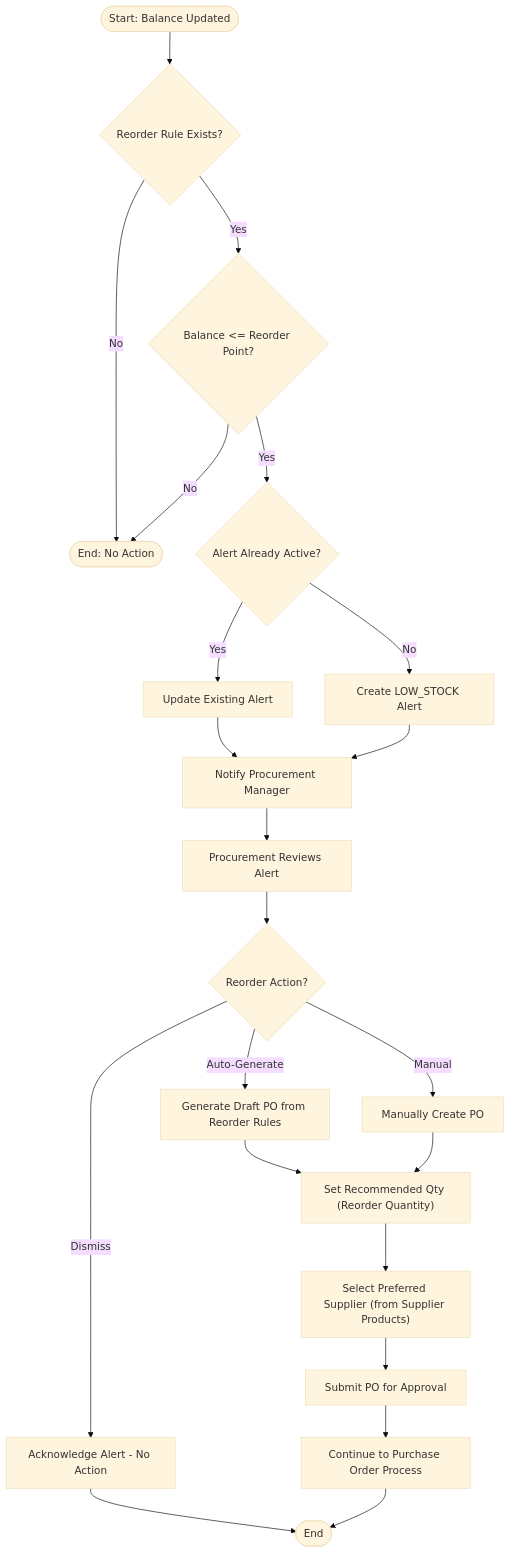
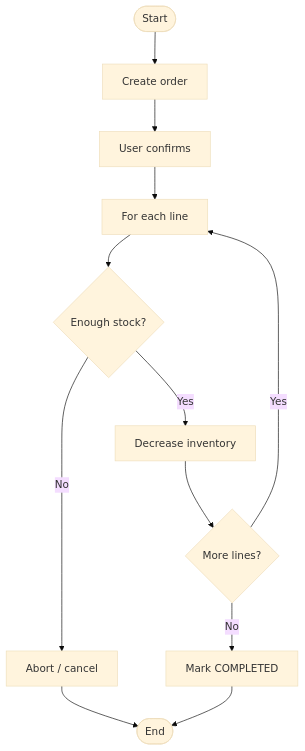
One commit to kirtika-0102/StockSmart changed the fourth of 5 diagrams in docs/activity-diagrams.md. Above: the diagram before and after it, drawn with Mermaid (base theme). The commit also changed other lines of this file and 74 other files, not shown here.

Commit message:
architecture of application

````diff
--- a/docs/activity-diagrams.md
+++ b/docs/activity-diagrams.md
@@ -193,28 +59,14 @@
 ```mermaid
 flowchart TD
-    Start([Start: Balance Updated]) --> CheckRule{Reorder Rule Exists?}
-    CheckRule -->|No| End1([End: No Action])
-    CheckRule -->|Yes| BelowPoint{Balance <= Reorder Point?}
-    BelowPoint -->|No| End1
-    BelowPoint -->|Yes| AlertExists{Alert Already Active?}
-    AlertExists -->|Yes| UpdateAlert[Update Existing Alert]
-    AlertExists -->|No| CreateAlert["Create LOW_STOCK Alert"]
-
-    UpdateAlert --> NotifyPM[Notify Procurement Manager]
-    CreateAlert --> NotifyPM
-
-    NotifyPM --> PMReview[Procurement Reviews Alert]
-    PMReview --> Action{Reorder Action?}
-    Action -->|Auto-Generate| AutoPO[Generate Draft PO from Reorder Rules]
-    Action -->|Manual| ManualPO[Manually Create PO]
-    Action -->|Dismiss| Dismiss[Acknowledge Alert - No Action]
-    Dismiss --> End2([End])
-
-    AutoPO --> SetQty["Set Recommended Qty (Reorder Quantity)"]
-    ManualPO --> SetQty
-
-    SetQty --> SelectSupplier["Select Preferred Supplier (from Supplier Products)"]
-    SelectSupplier --> SubmitPO[Submit PO for Approval]
-    SubmitPO --> POProcess["Continue to Purchase Order Process"]
-    POProcess --> End2
+    Start([Start]) --> New[Create order]
+    New --> Confirm[User confirms]
+    Confirm --> Loop[For each line]
+    Loop --> Stock{Enough stock?}
+    Stock -->|No| Rollback[Abort / cancel]
+    Rollback --> End([End])
+    Stock -->|Yes| Out[Decrease inventory]
+    Out --> More{More lines?}
+    More -->|Yes| Loop
+    More -->|No| Done[Mark COMPLETED]
+    Done --> End
 ```
````
